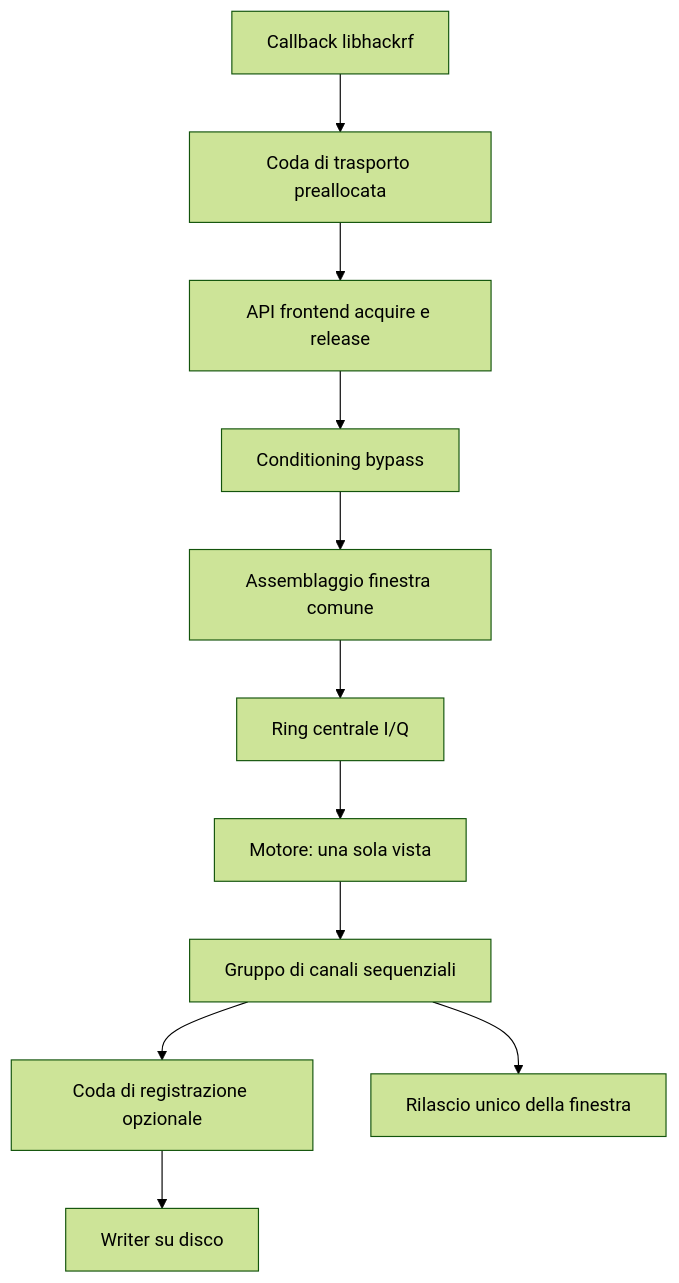
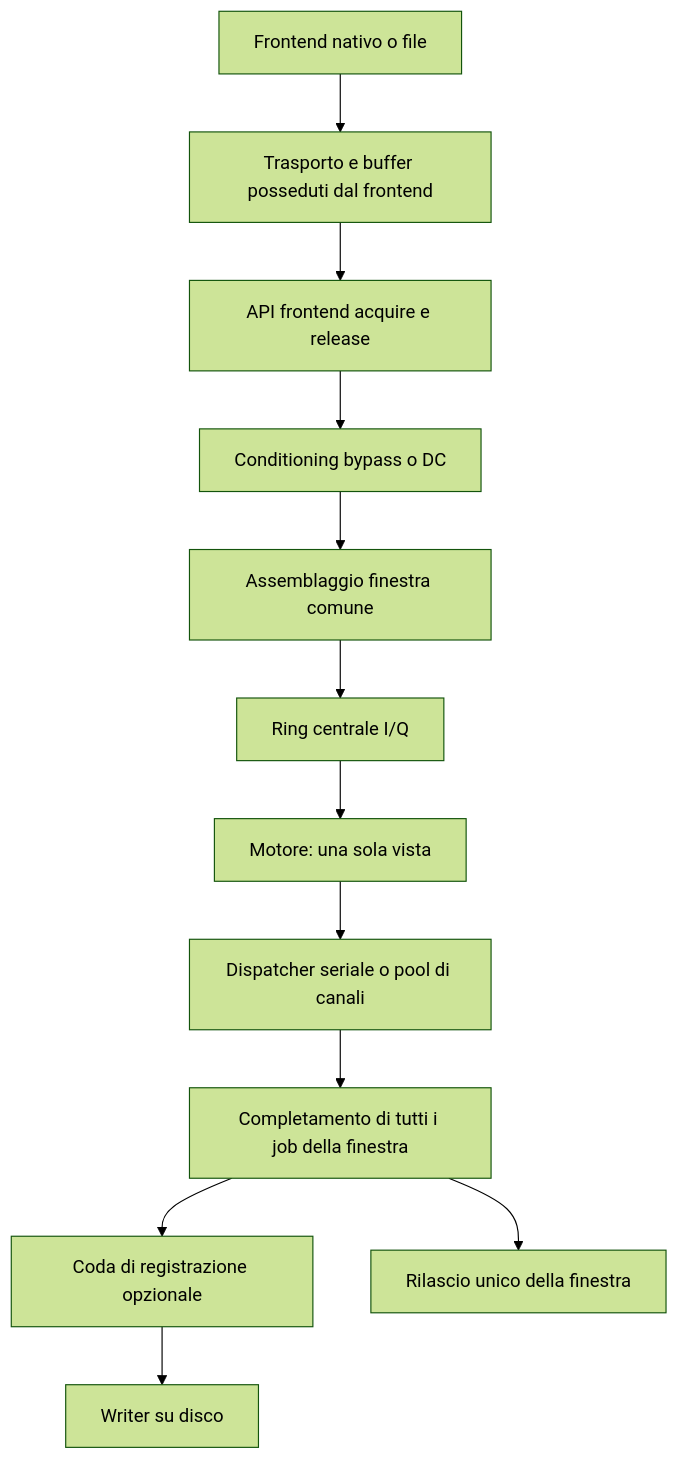
Before and after one commit to mauriziofantino/NGene-Super: the first of 3 diagrams in docs/ARCHITECTURE.md, drawn with Mermaid (forest theme). The commit also changed other lines of this file and 71 other files, not shown here.

````diff
--- a/docs/ARCHITECTURE.md
+++ b/docs/ARCHITECTURE.md
@@ -5,13 +11,14 @@
 ```mermaid
 flowchart TD
-    H[Callback libhackrf] --> Q[Coda di trasporto preallocata]
+    H[Frontend nativo o file] --> Q[Trasporto e buffer posseduti dal frontend]
     Q --> F[API frontend acquire e release]
-    F --> C[Conditioning bypass]
+    F --> C[Conditioning bypass o DC]
     C --> A[Assemblaggio finestra comune]
     A --> R[Ring centrale I/Q]
     R --> E[Motore: una sola vista]
-    E --> G[Gruppo di canali sequenziali]
-    G --> W[Coda di registrazione opzionale]
+    E --> G[Dispatcher seriale o pool di canali]
+    G --> B[Completamento di tutti i job della finestra]
+    B --> W[Coda di registrazione opzionale]
     W --> D[Writer su disco]
-    G --> X[Rilascio unico della finestra]
+    B --> X[Rilascio unico della finestra]
 ```
````
